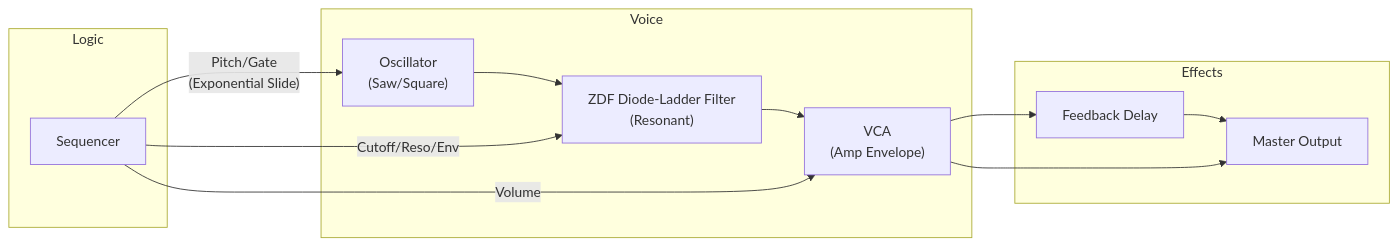
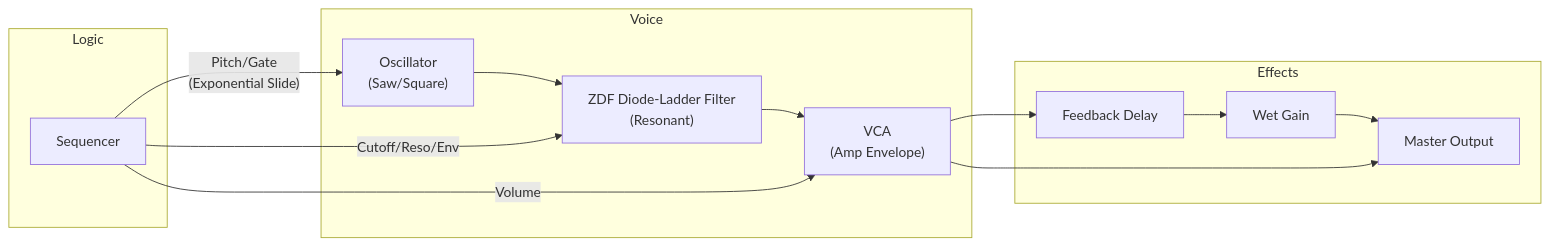
One commit to acidsound/acidBros changed the second of 2 diagrams in SYNTH_ARCHITECTURE.md. Above: the diagram before and after it, drawn with Mermaid. The commit also changed other lines of this file and 8 other files, not shown here.

First line of the commit message:
feat: Add proper Wet/Dry knob to TB-303 Delay engine

````diff
--- a/SYNTH_ARCHITECTURE.md
+++ b/SYNTH_ARCHITECTURE.md
@@ -201,19 +199,20 @@
 ```mermaid
 graph LR
     subgraph Voice
     OSC["Oscillator<br/>(Saw/Square)"] --> FILTER["ZDF Diode-Ladder Filter<br/>(Resonant)"]
     FILTER --> VCA["VCA<br/>(Amp Envelope)"]
     end
     
     subgraph Logic
     SEQ[Sequencer] -- Pitch/Gate<br/>(Exponential Slide) --> OSC
     SEQ -- Cutoff/Reso/Env --> FILTER
     SEQ -- Volume --> VCA
     end
 
     subgraph Effects
     VCA --> DELAY[Feedback Delay]
-    DELAY --> OUT[Master Output]
+    DELAY --> WET[Wet Gain]
+    WET --> OUT[Master Output]
     VCA --> OUT
     end
 ```
````
